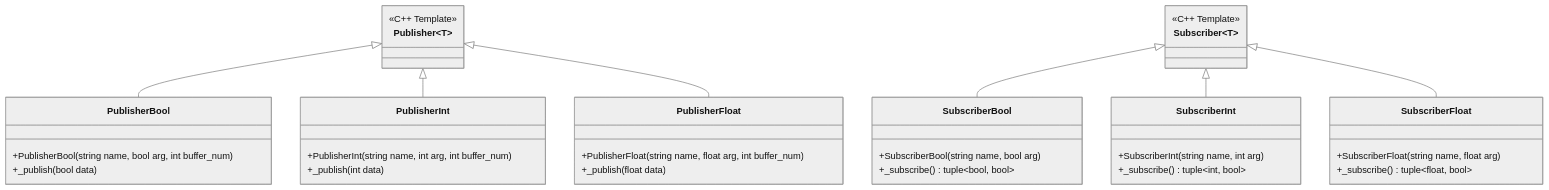
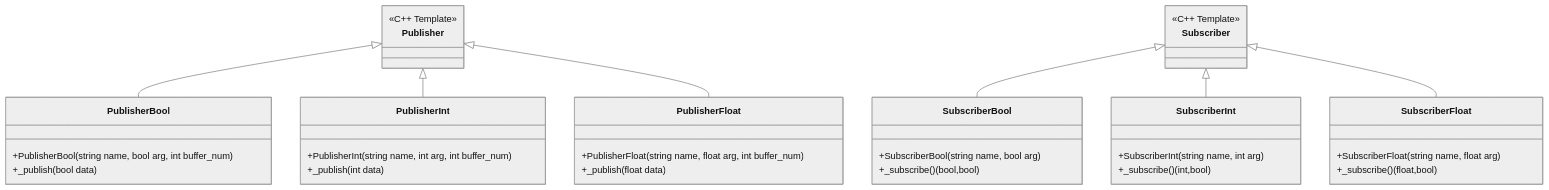
Before and after one commit to REACT-ROBOT/shared-memory-based-handy-communication-manager: diagram 15 of 17 in manual/spec_jp.md, drawn with Mermaid (neutral theme). The commit also changed other lines of this file and 195 other files, not shown here.

```diff
--- a/manual/spec_jp.md
+++ b/manual/spec_jp.md
@@ -630,47 +630,47 @@
 <div class="mermaid">
 classDiagram
     class PublisherBool {
         +PublisherBool(string name, bool arg, int buffer_num)
         +_publish(bool data)
     }
     
     class PublisherInt {
         +PublisherInt(string name, int arg, int buffer_num)
         +_publish(int data)
     }
     
     class PublisherFloat {
         +PublisherFloat(string name, float arg, int buffer_num)
         +_publish(float data)
     }
     
     class SubscriberBool {
         +SubscriberBool(string name, bool arg)
-        +_subscribe() tuple~bool, bool~
+        +_subscribe() (bool,bool)
     }
     
     class SubscriberInt {
         +SubscriberInt(string name, int arg)
-        +_subscribe() tuple~int, bool~
+        +_subscribe() (int,bool)
     }
     
     class SubscriberFloat {
         +SubscriberFloat(string name, float arg)
-        +_subscribe() tuple~float, bool~
+        +_subscribe() (float,bool)
     }
     
-    class Publisher~T~ {
-        <<C++ Template>>
+    class Publisher {
+        &lt;&lt;C++ Template&gt;&gt;
     }
     
-    class Subscriber~T~ {
-        <<C++ Template>>
+    class Subscriber {
+        &lt;&lt;C++ Template&gt;&gt;
     }
     
-    Publisher~T~ <|-- PublisherBool
-    Publisher~T~ <|-- PublisherInt
-    Publisher~T~ <|-- PublisherFloat
-    Subscriber~T~ <|-- SubscriberBool
-    Subscriber~T~ <|-- SubscriberInt
-    Subscriber~T~ <|-- SubscriberFloat
+    Publisher <|-- PublisherBool
+    Publisher <|-- PublisherInt
+    Publisher <|-- PublisherFloat
+    Subscriber <|-- SubscriberBool
+    Subscriber <|-- SubscriberInt
+    Subscriber <|-- SubscriberFloat
 </div>
```
